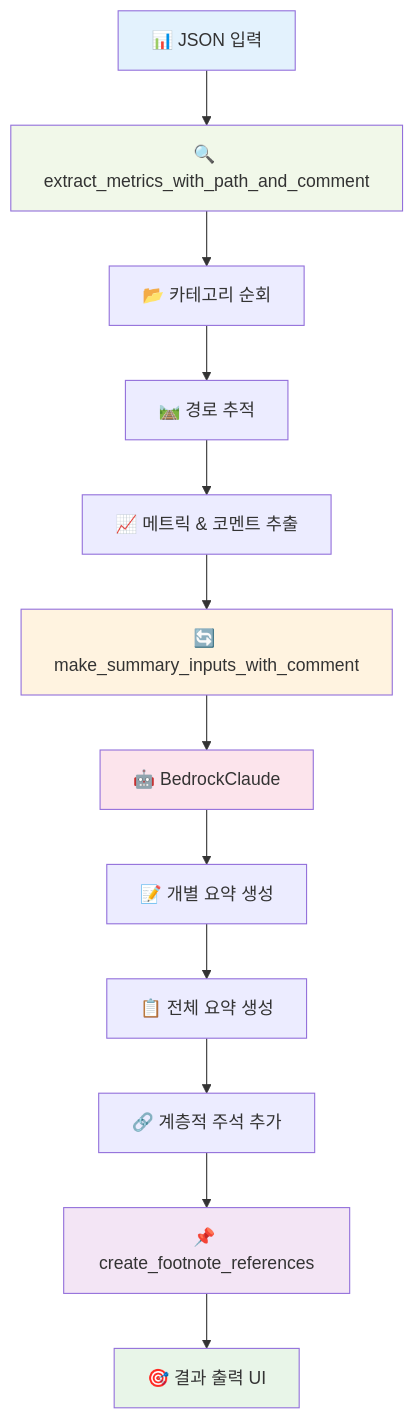
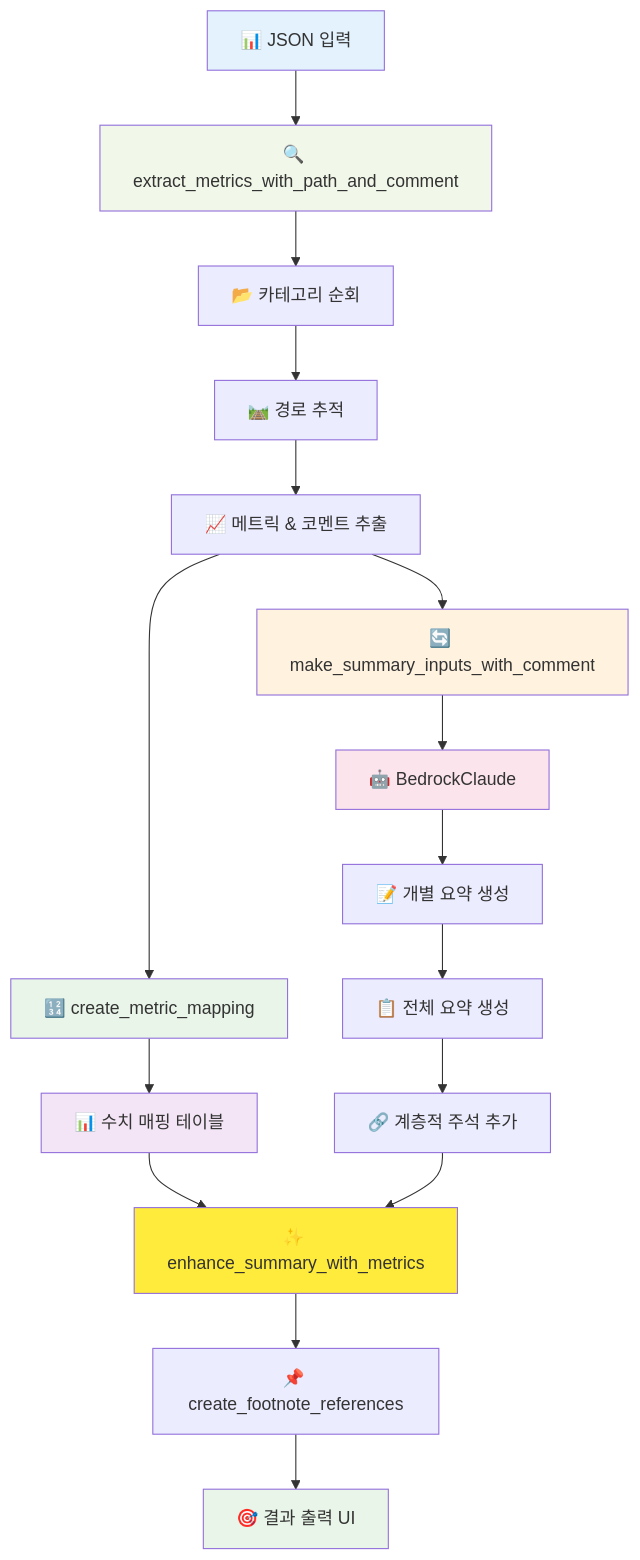
Before and after one commit to heungh/json_summary_demo: the second of 11 diagrams in README.md, drawn with Mermaid. The commit also changed other lines of this file and 1 other file, not shown here.

````diff
--- a/README.md
+++ b/README.md
@@ -83,25 +83,32 @@
 ```mermaid
 flowchart TD
     A[📊 JSON 입력] --> B[🔍 extract_metrics_with_path_and_comment]
     
     B --> B1[📂 카테고리 순회]
     B1 --> B2[🛤️ 경로 추적]
     B2 --> B3[📈 메트릭 & 코멘트 추출]
     
     B3 --> C[🔄 make_summary_inputs_with_comment]
-    C --> D[🤖 BedrockClaude]
+    B3 --> D[🔢 create_metric_mapping]
     
-    D --> D1[📝 개별 요약 생성]
-    D1 --> D2[📋 전체 요약 생성]
-    D2 --> D3[🔗 계층적 주석 추가]
+    C --> E[🤖 BedrockClaude]
+    D --> F[📊 수치 매핑 테이블]
     
-    D3 --> E[📌 create_footnote_references]
-    E --> F[🎯 결과 출력 UI]
+    E --> E1[📝 개별 요약 생성]
+    E1 --> E2[📋 전체 요약 생성]
+    E2 --> E3[🔗 계층적 주석 추가]
+    
+    F --> G[✨ enhance_summary_with_metrics]
+    E3 --> G
+    G --> H[📌 create_footnote_references]
+    H --> I[🎯 결과 출력 UI]
     
     style A fill:#e3f2fd
     style B fill:#f1f8e9
     style C fill:#fff3e0
-    style D fill:#fce4ec
-    style E fill:#f3e5f5
-    style F fill:#e8f5e8
+    style D fill:#e8f5e8
+    style E fill:#fce4ec
+    style F fill:#f3e5f5
+    style G fill:#ffeb3b
+    style I fill:#e8f5e8
 ```
````
